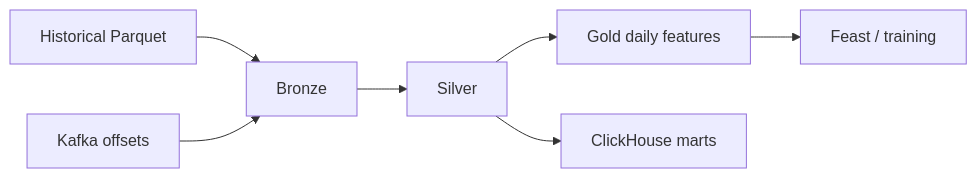
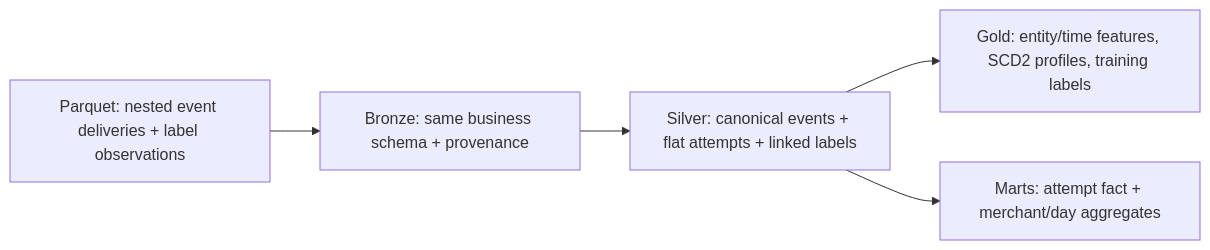
Before and after one commit to phuchoang2603/payment-gateway-fraud-detection: the diagram in docs/data/offline.md, drawn with Mermaid. The commit also changed other lines of this file and 2 other files, not shown here.

Commit message:
docs(data): explain offline generation and schema transformations

````diff
--- a/docs/data/offline.md
+++ b/docs/data/offline.md
@@ -47,9 +73,7 @@
 ```mermaid
 flowchart LR
-    files[Historical Parquet] --> bronze[Bronze]
-    kafka[Kafka offsets] --> bronze
-    bronze --> silver[Silver]
-    silver --> gold[Gold daily features]
-    silver --> marts[ClickHouse marts]
-    gold --> training[Feast / training]
+    raw["Parquet: nested event deliveries + label observations"] --> bronze["Bronze: same business schema + provenance"]
+    bronze --> silver["Silver: canonical events + flat attempts + linked labels"]
+    silver --> gold["Gold: entity/time features, SCD2 profiles, training labels"]
+    silver --> marts["Marts: attempt fact + merchant/day aggregates"]
 ```
````
